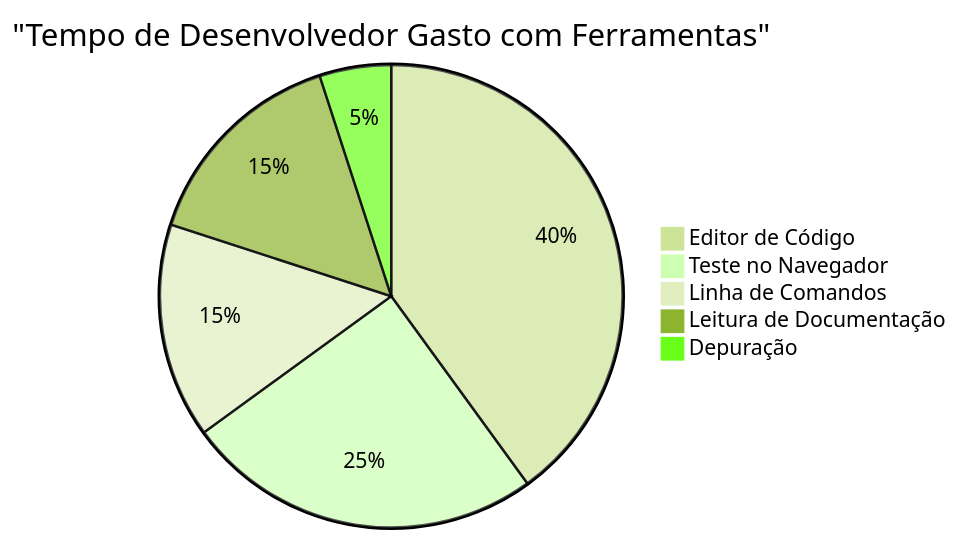
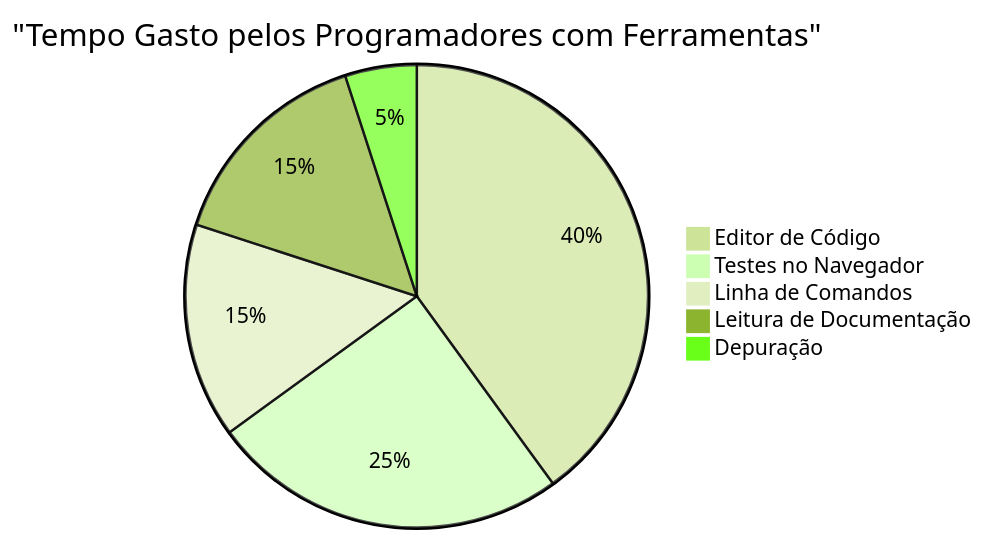
Before and after one commit to microsoft/Web-Dev-For-Beginners: the sixth of 7 diagrams in translations/pt-PT/1-getting-started-lessons/1-intro-to-programming-languages/README.md, drawn with Mermaid (forest theme). The commit also changed other lines of this file and 8 other files, not shown here.

````diff
--- a/translations/pt-PT/1-getting-started-lessons/1-intro-to-programming-languages/README.md
+++ b/translations/pt-PT/1-getting-started-lessons/1-intro-to-programming-languages/README.md
@@ -713,8 +711,8 @@
 ```mermaid
-pie title "Tempo de Desenvolvedor Gasto com Ferramentas"
+pie title "Tempo Gasto pelos Programadores com Ferramentas"
     "Editor de Código" : 40
-    "Teste no Navegador" : 25
+    "Testes no Navegador" : 25
     "Linha de Comandos" : 15
     "Leitura de Documentação" : 15
     "Depuração" : 5
 ```
````
